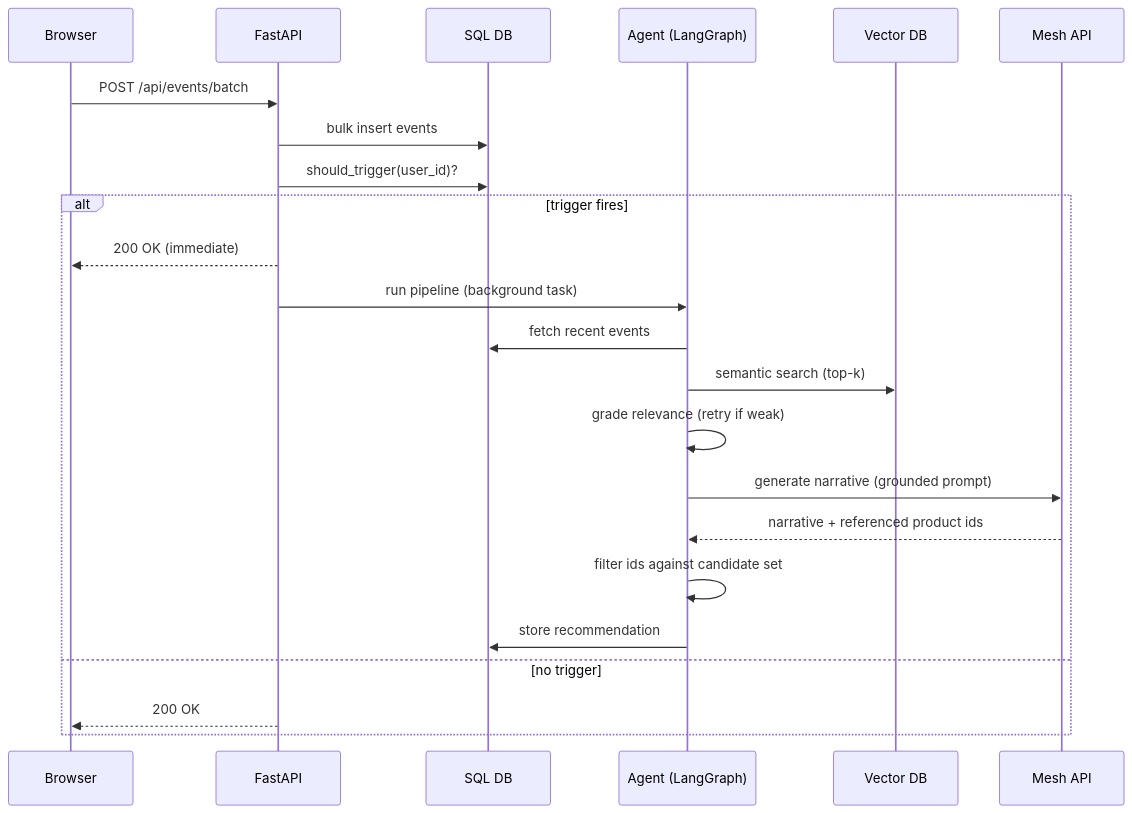
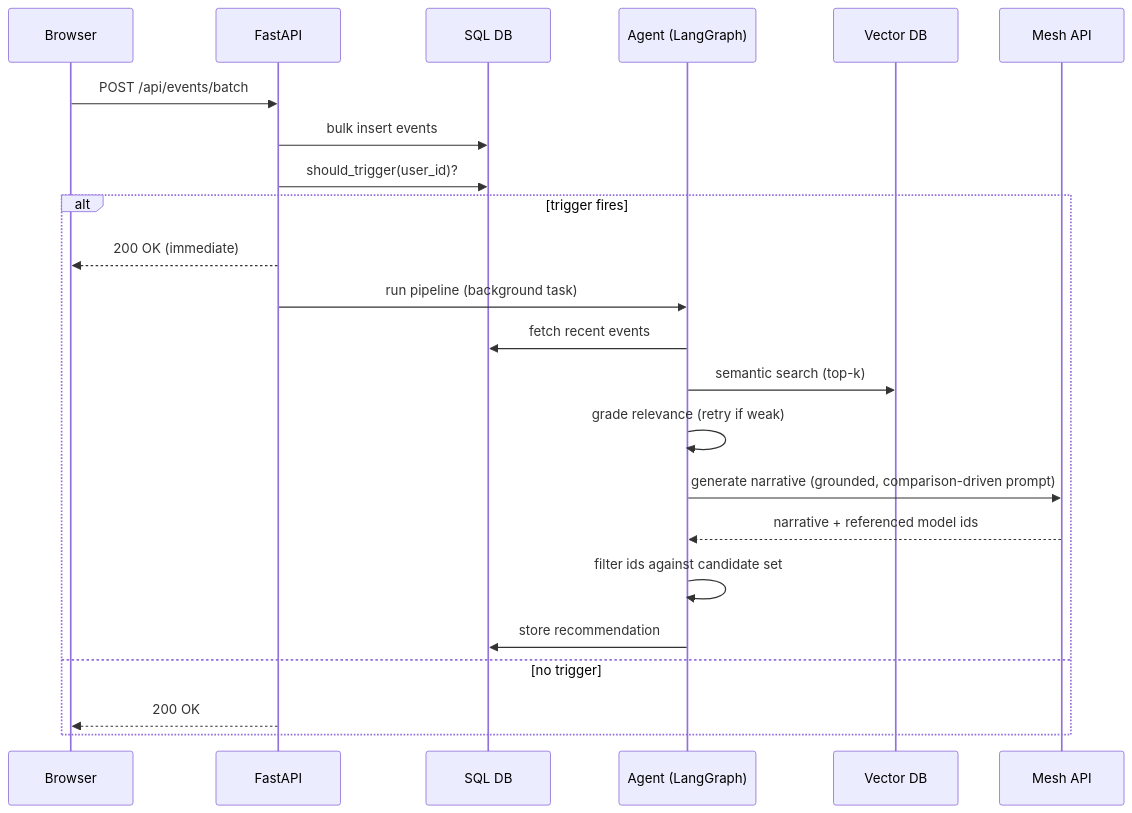
The first of 2 diagrams in docs/06-LLD.md (leeladesai/smartreco-hackathon), drawn with Mermaid before and after one commit. The commit also changed other lines of this file and 11 other files, not shown here.

````diff
--- a/docs/06-LLD.md
+++ b/docs/06-LLD.md
@@ -131,26 +173,26 @@
 ```mermaid
 sequenceDiagram
   participant B as Browser
   participant API as FastAPI
   participant DB as SQL DB
   participant AGT as Agent (LangGraph)
   participant VDB as Vector DB
   participant MESH as Mesh API
 
   B->>API: POST /api/events/batch
   API->>DB: bulk insert events
   API->>DB: should_trigger(user_id)?
   alt trigger fires
     API-->>B: 200 OK (immediate)
     API->>AGT: run pipeline (background task)
     AGT->>DB: fetch recent events
     AGT->>VDB: semantic search (top-k)
     AGT->>AGT: grade relevance (retry if weak)
-    AGT->>MESH: generate narrative (grounded prompt)
-    MESH-->>AGT: narrative + referenced product ids
+    AGT->>MESH: generate narrative (grounded, comparison-driven prompt)
+    MESH-->>AGT: narrative + referenced model ids
     AGT->>AGT: filter ids against candidate set
     AGT->>DB: store recommendation
   else no trigger
     API-->>B: 200 OK
   end
 ```
````
